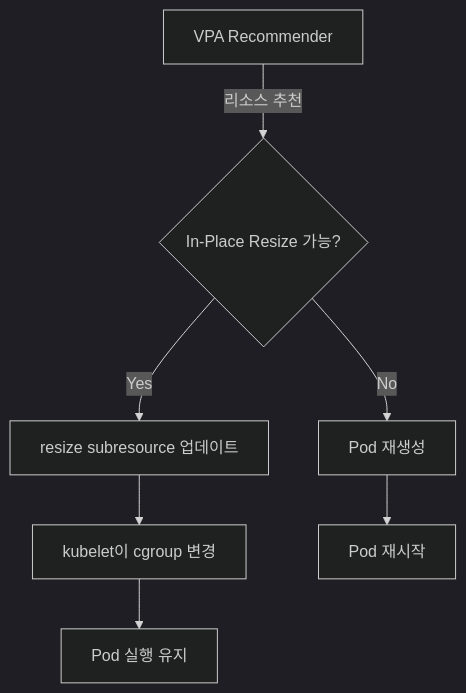
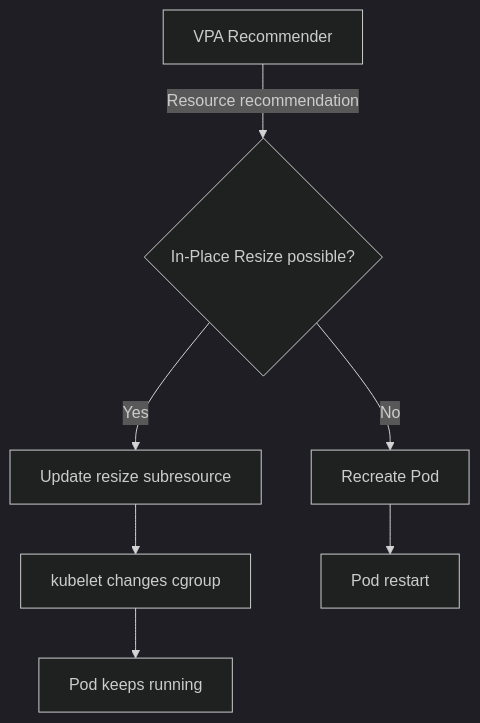
Before and after one commit to devfloor9/engineering-playbook: the third of 3 diagrams in docs/aidlc/operations/predictive-operations.md, drawn with Mermaid (dark theme). The commit also changed other lines of this file and 954 other files, not shown here.

````diff
--- a/docs/aidlc/operations/predictive-operations.md
+++ b/docs/aidlc/operations/predictive-operations.md
@@ -397,9 +397,9 @@
 ```mermaid
 graph TD
-    A[VPA Recommender] -->|리소스 추천| B{In-Place Resize 가능?}
-    B -->|Yes| C[resize subresource 업데이트]
-    B -->|No| D[Pod 재생성]
-    C --> E[kubelet이 cgroup 변경]
-    E --> F[Pod 실행 유지]
-    D --> G[Pod 재시작]
+    A[VPA Recommender] -->|Resource recommendation| B{In-Place Resize possible?}
+    B -->|Yes| C[Update resize subresource]
+    B -->|No| D[Recreate Pod]
+    C --> E[kubelet changes cgroup]
+    E --> F[Pod keeps running]
+    D --> G[Pod restart]
 ```
````
